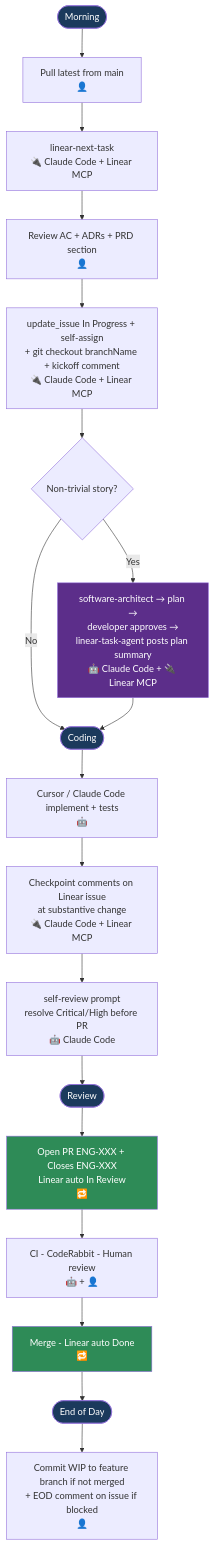
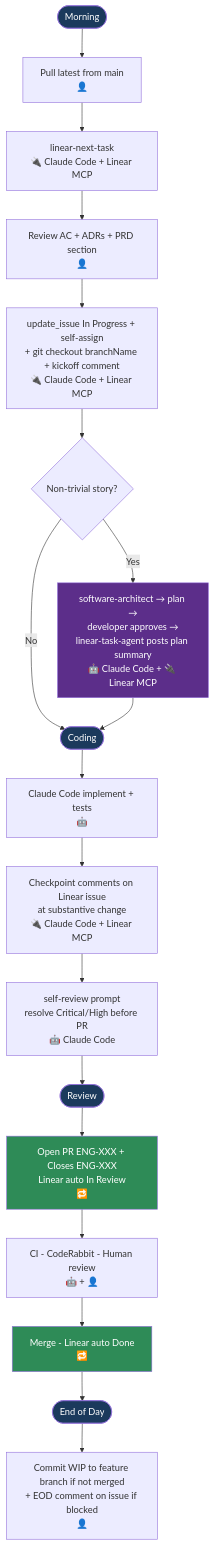
The eighth of 8 diagrams in aidlc-phases/03-development/FLOWCHART.md (kalpat-allion/ai-dlc), drawn with Mermaid before and after one commit. The commit also changed other lines of this file and 16 other files, not shown here.

````diff
--- a/aidlc-phases/03-development/FLOWCHART.md
+++ b/aidlc-phases/03-development/FLOWCHART.md
@@ -334,31 +328,31 @@
 ```mermaid
 flowchart TD
     DW_M([Morning]) --> DW_M1[Pull latest from main<br/>👤]
     DW_M1 --> DW_M2[linear-next-task<br/>🔌 Claude Code + Linear MCP]
     DW_M2 --> DW_M3[Review AC + ADRs + PRD section<br/>👤]
     DW_M3 --> DW_M4[update_issue In Progress + self-assign<br/>+ git checkout branchName + kickoff comment<br/>🔌 Claude Code + Linear MCP]
     DW_M4 --> DW_DESIGN{Non-trivial story?}
     DW_DESIGN -- No --> DW_C([Coding])
     DW_DESIGN -- Yes --> DW_D[software-architect → plan →<br/>developer approves →<br/>linear-task-agent posts plan summary<br/>🤖 Claude Code + 🔌 Linear MCP]
     DW_D --> DW_C
 
-    DW_C --> DW_C1[Cursor / Claude Code implement + tests<br/>🤖]
+    DW_C --> DW_C1[Claude Code implement + tests<br/>🤖]
     DW_C1 --> DW_C2[Checkpoint comments on Linear issue<br/>at substantive change<br/>🔌 Claude Code + Linear MCP]
     DW_C2 --> DW_C3[self-review prompt<br/>resolve Critical/High before PR<br/>🤖 Claude Code]
     DW_C3 --> DW_R([Review])
 
     DW_R --> DW_R1[Open PR ENG-XXX + Closes ENG-XXX<br/>Linear auto In Review<br/>🔁]
     DW_R1 --> DW_R2[CI - CodeRabbit - Human review<br/>🤖 + 👤]
     DW_R2 --> DW_R3[Merge - Linear auto Done<br/>🔁]
     DW_R3 --> DW_E([End of Day])
 
     DW_E --> DW_E1[Commit WIP to feature branch if not merged<br/>+ EOD comment on issue if blocked<br/>👤]
 
     style DW_M fill:#1B3A5C,color:#fff
     style DW_C fill:#1B3A5C,color:#fff
     style DW_R fill:#1B3A5C,color:#fff
     style DW_E fill:#1B3A5C,color:#fff
     style DW_D fill:#5C2E8A,color:#fff
     style DW_R1 fill:#2E8B57,color:#fff
     style DW_R3 fill:#2E8B57,color:#fff
 ```
````
